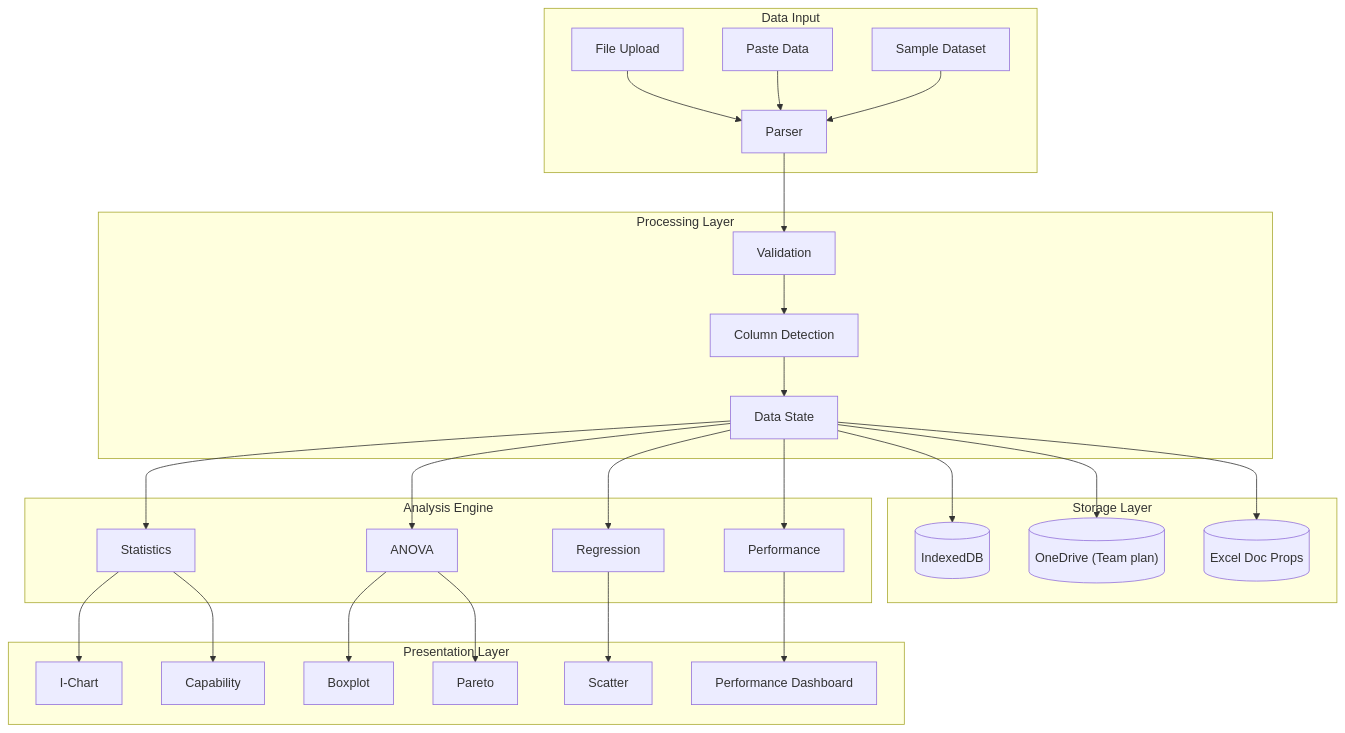
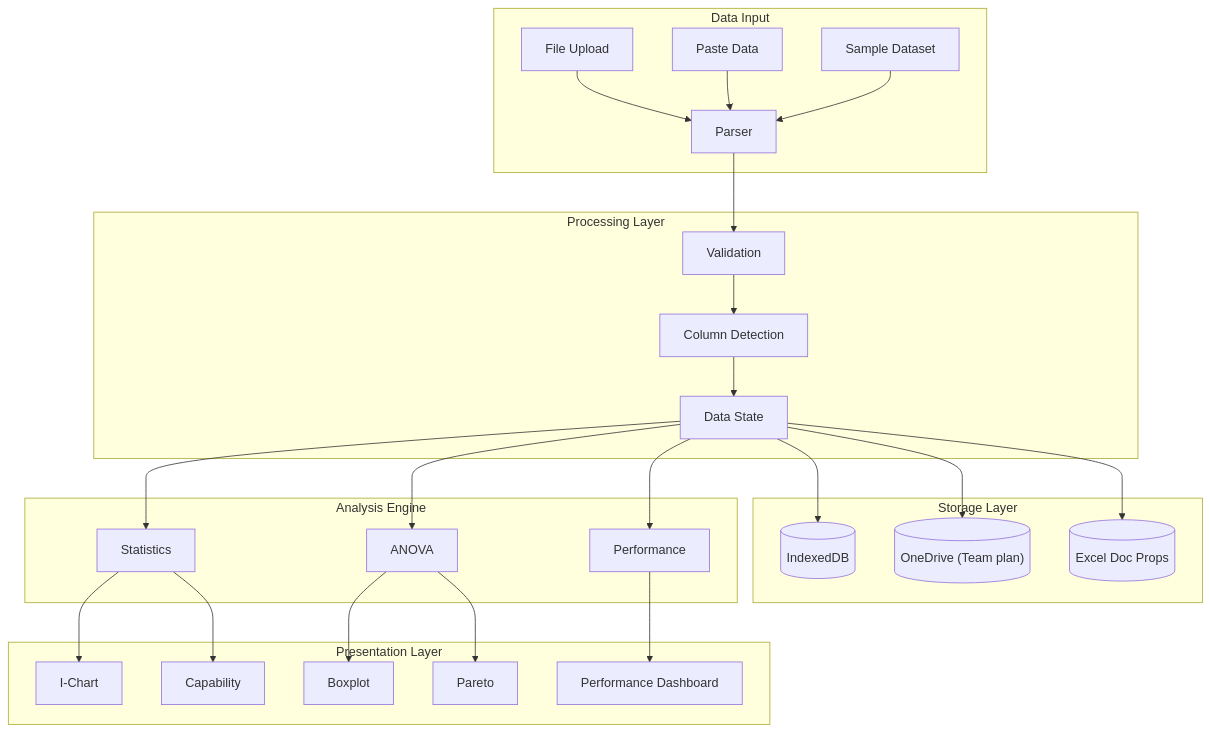
Before and after one commit to jukka-matti/variscout: the first of 12 diagrams in docs/05-technical/architecture/data-flow.md, drawn with Mermaid. The commit also changed 9 other files, not shown here.

First line of the commit message:
docs: fix 18 stale diagram references across 10 doc files

````diff
--- a/docs/05-technical/architecture/data-flow.md
+++ b/docs/05-technical/architecture/data-flow.md
@@ -19,36 +19,34 @@
 ```mermaid
 flowchart TB
     subgraph Input["Data Input"]
         A1[File Upload] --> B[Parser]
         A2[Paste Data] --> B
         A3[Sample Dataset] --> B
     end
 
     subgraph Processing["Processing Layer"]
         B --> C[Validation]
         C --> D[Column Detection]
         D --> E[Data State]
     end
 
     subgraph Analysis["Analysis Engine"]
         E --> F1[Statistics]
         E --> F2[ANOVA]
-        E --> F3[Regression]
         E --> F5[Performance]
     end
 
     subgraph Presentation["Presentation Layer"]
         F1 --> G1[I-Chart]
         F2 --> G2[Boxplot]
         F2 --> G3[Pareto]
         F1 --> G4[Capability]
-        F3 --> G5[Scatter]
         F5 --> G7[Performance Dashboard]
     end
 
     subgraph Persistence["Storage Layer"]
         E --> H1[(IndexedDB)]
         E --> H2[("OneDrive (Team plan)")]
         E --> H3[(Excel Doc Props)]
     end
 ```
````
